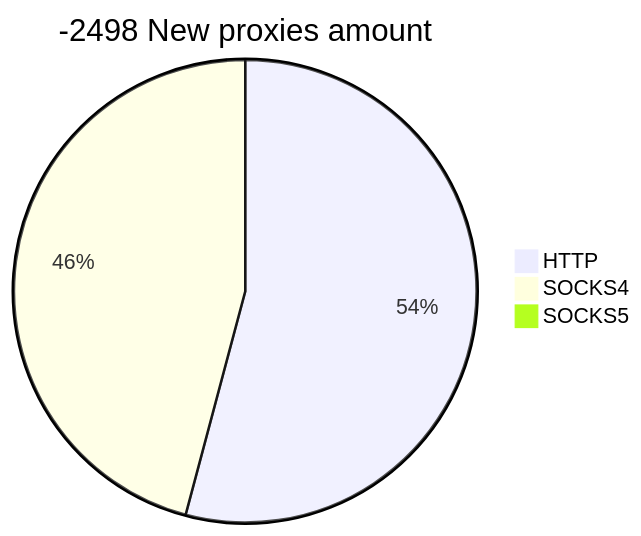
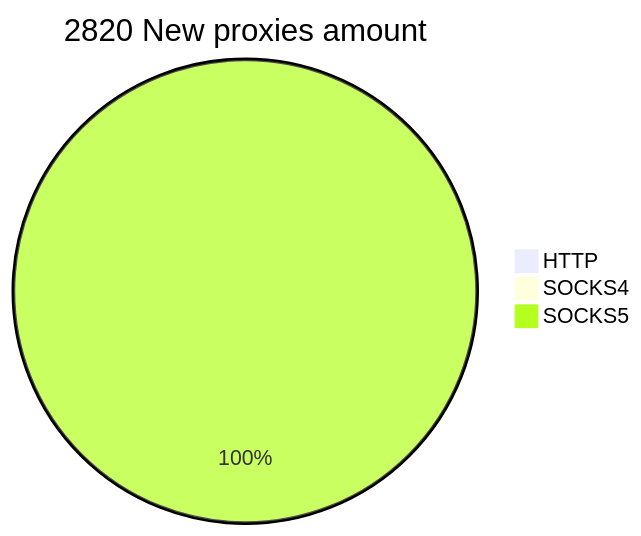
Before and after one commit to cutipu/proxylist: the second of 2 diagrams in README.md, drawn with Mermaid. The commit also changed other lines of this file, not shown here.

````diff
--- a/README.md
+++ b/README.md
@@ -10,6 +10,6 @@
 ```mermaid
-pie title -2498 New proxies amount
-    "HTTP" : 124
-    "SOCKS4" : 105
-    "SOCKS5" : 0
+pie title 2820 New proxies amount
+    "HTTP" : 0
+    "SOCKS4" : 0
+    "SOCKS5" : 2822
 ```
````
